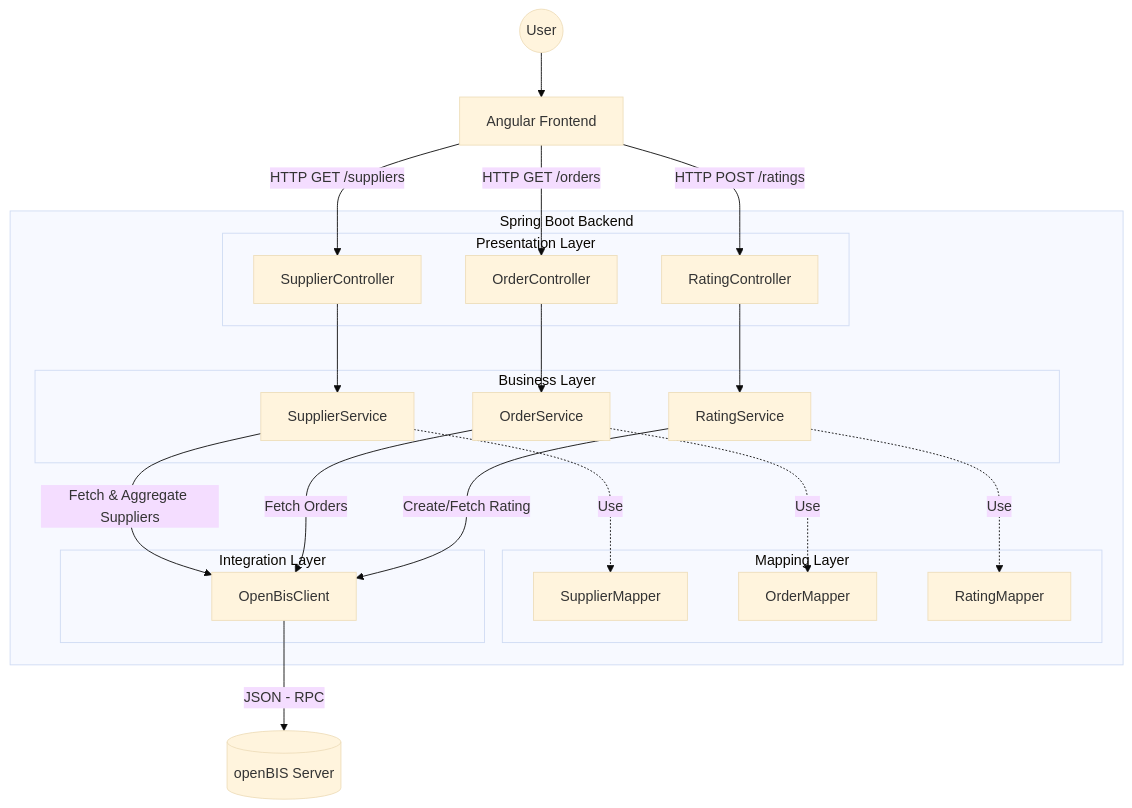
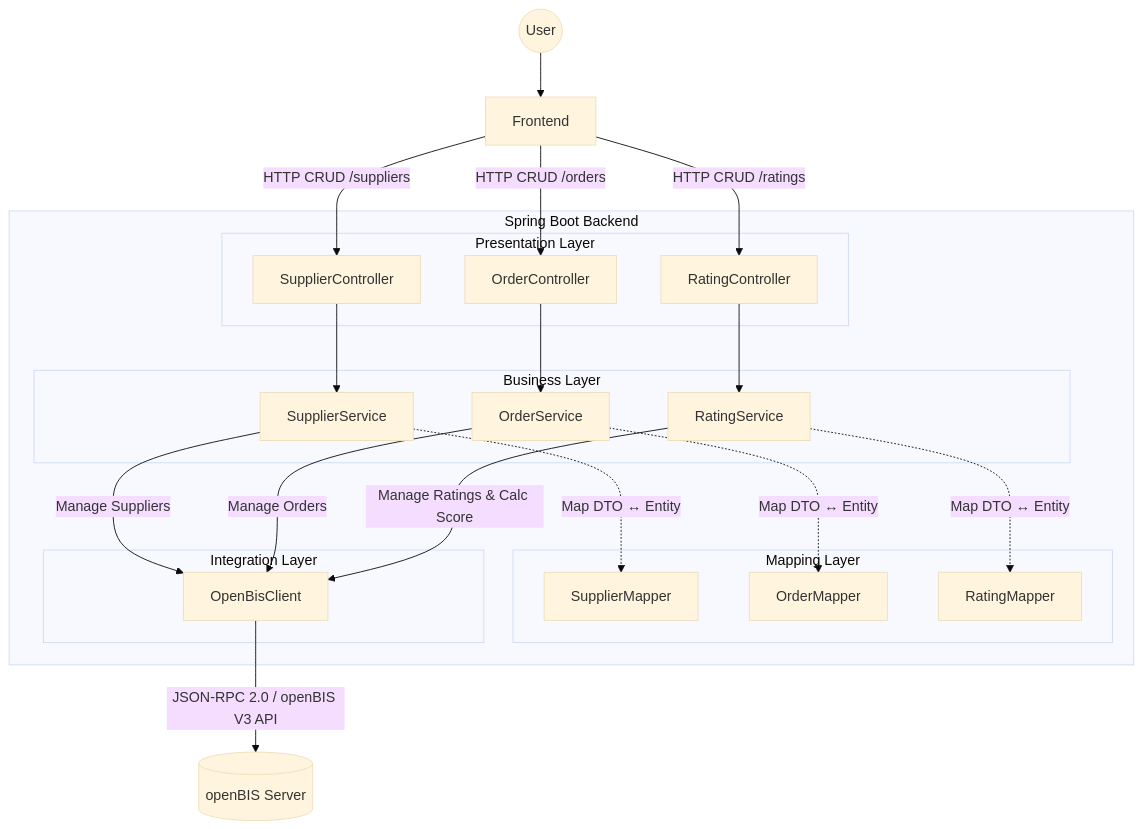
One commit to AnuschBachofner/supplierRatingBackend changed the diagram in README.md. Above: the diagram before and after it, drawn with Mermaid (base theme). The commit also changed other lines of this file, not shown here.

````diff
--- a/README.md
+++ b/README.md
@@ -278,50 +132,50 @@
 ```mermaid
 graph TD
 %% Nodes
     User((User))
-    FE[Angular Frontend]
+    FE[Frontend]
 
     subgraph "Spring Boot Backend"
         subgraph "Presentation Layer"
             C_Supp[SupplierController]
             C_Ord[OrderController]
             C_Rate[RatingController]
         end
 
         subgraph "Business Layer"
             S_Supp[SupplierService]
             S_Ord[OrderService]
             S_Rate[RatingService]
         end
 
         subgraph "Mapping Layer"
             M_Supp[SupplierMapper]
             M_Ord[OrderMapper]
             M_Rate[RatingMapper]
         end
 
         subgraph "Integration Layer"
             Client[OpenBisClient]
         end
     end
 
     DB[(openBIS Server)]
 %% Request Flow
     User --> FE
-    FE -->|HTTP GET /suppliers| C_Supp
-    FE -->|HTTP GET /orders| C_Ord
-    FE -->|HTTP POST /ratings| C_Rate
+    FE -->|HTTP CRUD /suppliers| C_Supp
+    FE -->|HTTP CRUD /orders| C_Ord
+    FE -->|HTTP CRUD /ratings| C_Rate
     C_Supp --> S_Supp
     C_Ord --> S_Ord
     C_Rate --> S_Rate
 %% Service Logic
-    S_Supp -->|Fetch & Aggregate Suppliers| Client
-    S_Ord -->|Fetch Orders| Client
-    S_Rate -->|Create/Fetch Rating| Client
+    S_Supp -->|Manage Suppliers| Client
+    S_Ord -->|Manage Orders| Client
+    S_Rate -->|Manage Ratings & Calc Score| Client
 %% Integration
-    Client -->|JSON - RPC| DB
+    Client -->|JSON-RPC 2.0 / openBIS V3 API| DB
 %% Mapping Dependencies (Specific Mappers)
-    S_Supp -.->|Use| M_Supp
-    S_Ord -.->|Use| M_Ord
-    S_Rate -.->|Use| M_Rate
+    S_Supp -.->|Map DTO ↔ Entity| M_Supp
+    S_Ord -.->|Map DTO ↔ Entity| M_Ord
+    S_Rate -.->|Map DTO ↔ Entity| M_Rate
 ```
````
